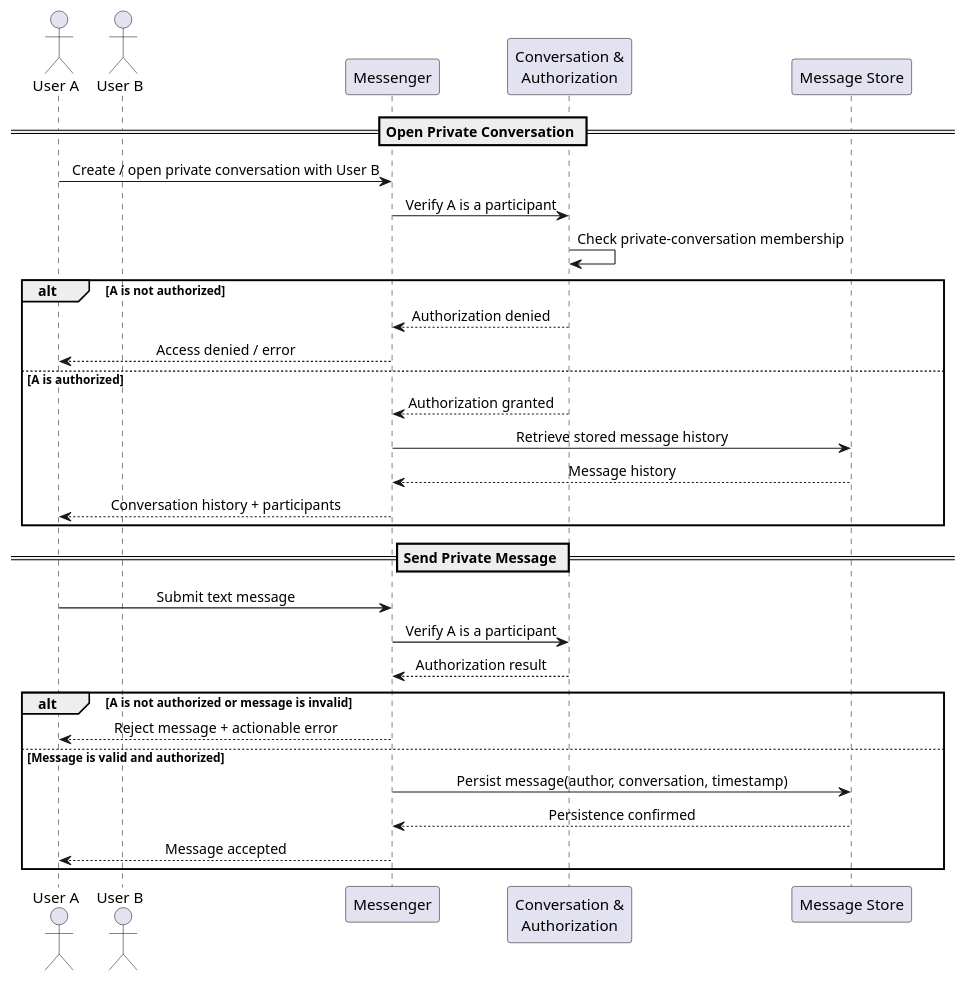
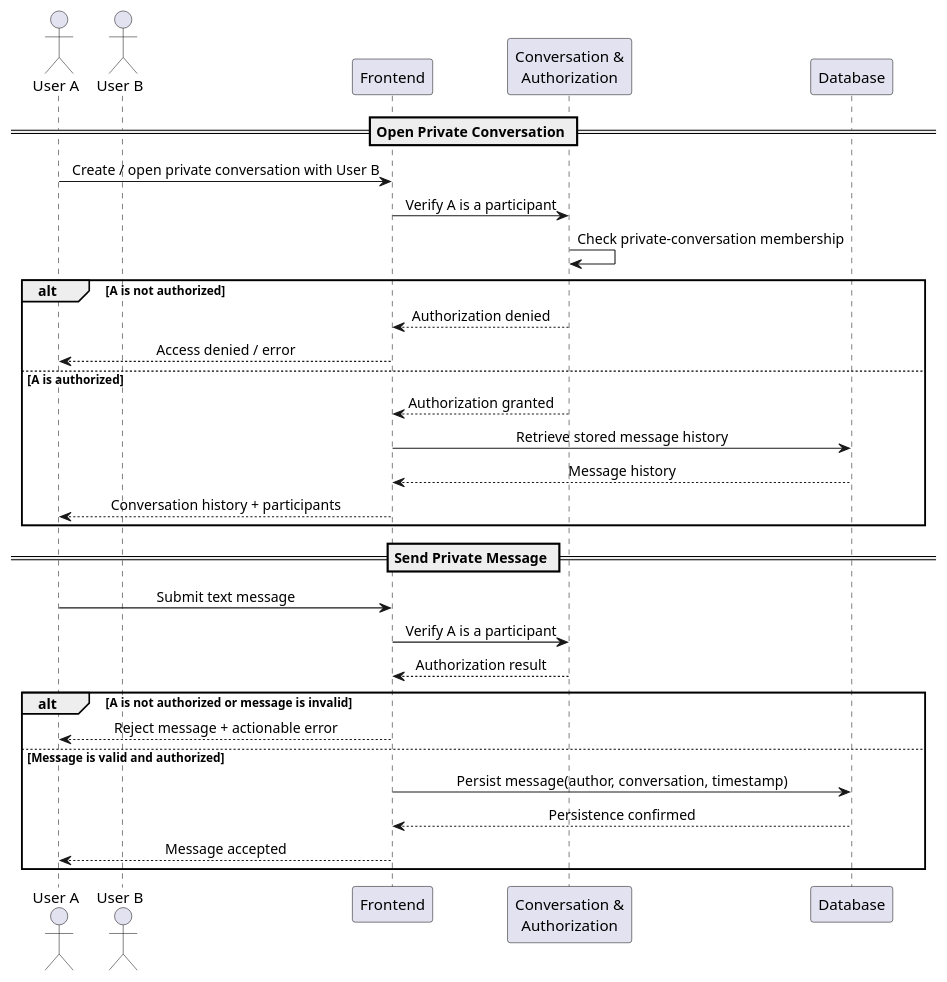
The diagram in docs/diagrams/sequence.puml (crossmant1/messenger-application), drawn with PlantUML before and after one commit. The commit also changed 4 other files, not shown here.

Commit message:
finished the sequence diagram

```diff
--- a/docs/diagrams/sequence.puml
+++ b/docs/diagrams/sequence.puml
@@ -1,45 +1,45 @@
-@startuml Messenger Private Messaging Sequence
+@startuml Sequence diagram
 skinparam shadowing false
 skinparam defaultFontName Arial
 skinparam sequenceMessageAlign center
 skinparam responseMessageBelowArrow true
 skinparam ParticipantPadding 20
 skinparam BoxPadding 10
 
 actor "User A" as A
 actor "User B" as B
-participant "Messenger" as M
+participant "Frontend" as M
 participant "Conversation &\nAuthorization" as Auth
-participant "Message Store" as Msg
+participant "Database" as Msg
 
 == Open Private Conversation ==
 
 A -> M : Create / open private conversation with User B
 M -> Auth : Verify A is a participant
 Auth -> Auth : Check private-conversation membership
 
 alt A is not authorized
     Auth --> M : Authorization denied
     M --> A : Access denied / error
 else A is authorized
     Auth --> M : Authorization granted
     M -> Msg : Retrieve stored message history
     Msg --> M : Message history
     M --> A : Conversation history + participants
 end
 
 == Send Private Message ==
 
 A -> M : Submit text message
 M -> Auth : Verify A is a participant
 Auth --> M : Authorization result
 
 alt A is not authorized or message is invalid
     M --> A : Reject message + actionable error
 else Message is valid and authorized
     M -> Msg : Persist message(author, conversation, timestamp)
     Msg --> M : Persistence confirmed
     M --> A : Message accepted
 end
 
 @enduml
```
